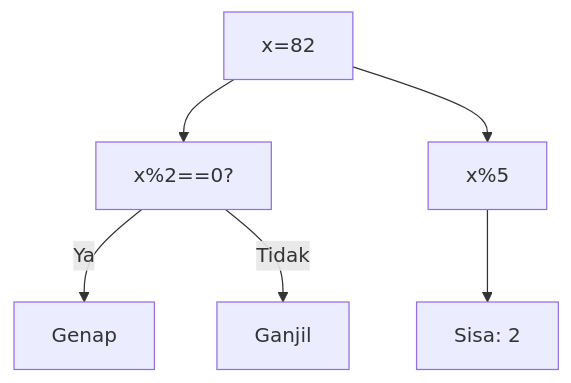
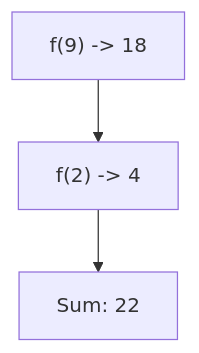
Before and after one commit to amnahwaida/OSNK_INF_PREP: the eighth of 25 diagrams in part-c-pemahaman-cpp/04-fungsi/latihan/set-11.md, drawn with Mermaid. The commit also changed other lines of this file and 71 other files, not shown here.

````diff
--- a/part-c-pemahaman-cpp/04-fungsi/latihan/set-11.md
+++ b/part-c-pemahaman-cpp/04-fungsi/latihan/set-11.md
@@ -232,8 +209,5 @@
 ```mermaid
 graph TD
-A["x=82"] --> B["x%2==0?"]
-B -- Ya --> C["Genap"]
-B -- Tidak --> D["Ganjil"]
-A --> E["x%5"]
-E --> F["Sisa: 2"]
+A["f(9) -> 18"] --> B["f(2) -> 4"]
+B --> C["Sum: 22"]
 ```
````
